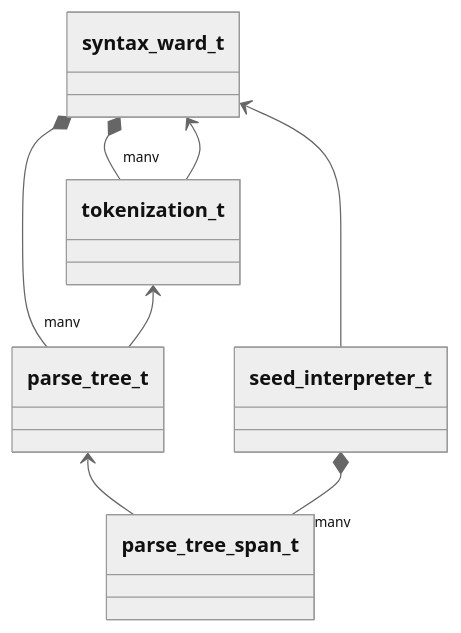
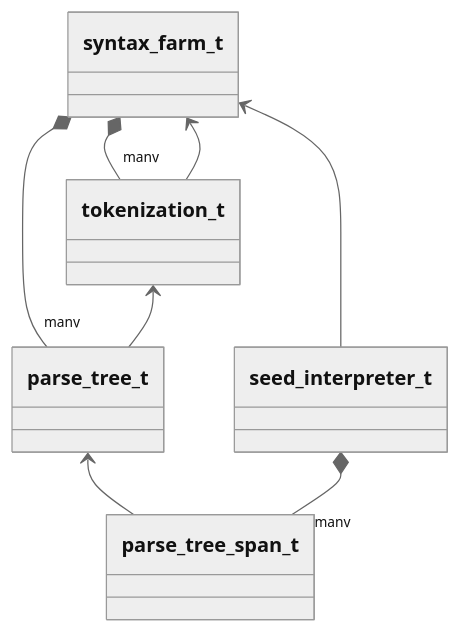
The diagram in cpp/syntax/readme.md (TobyBrull/silva), drawn with Mermaid (neutral theme) before and after one commit. The commit also changed other lines of this file and 47 other files, not shown here.

Commit message:
rename syntax-ward to syntax-farm (step 2)

````diff
--- a/cpp/syntax/readme.md
+++ b/cpp/syntax/readme.md
@@ -16,10 +16,10 @@
 ```mermaid
 classDiagram
-    syntax_ward_t *-- "many" tokenization_t
-    syntax_ward_t *-- "many" parse_tree_t
-    syntax_ward_t <-- tokenization_t
+    syntax_farm_t *-- "many" tokenization_t
+    syntax_farm_t *-- "many" parse_tree_t
+    syntax_farm_t <-- tokenization_t
     tokenization_t <-- parse_tree_t
     parse_tree_t <-- parse_tree_span_t
     seed_interpreter_t *-- "many" parse_tree_span_t
-    syntax_ward_t <-- seed_interpreter_t
+    syntax_farm_t <-- seed_interpreter_t
 ```
````
